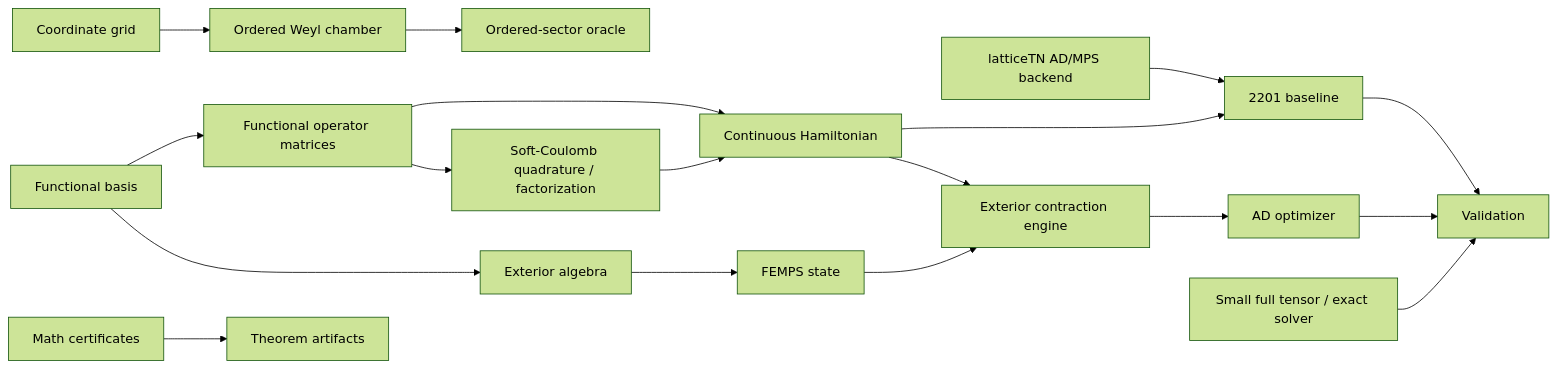
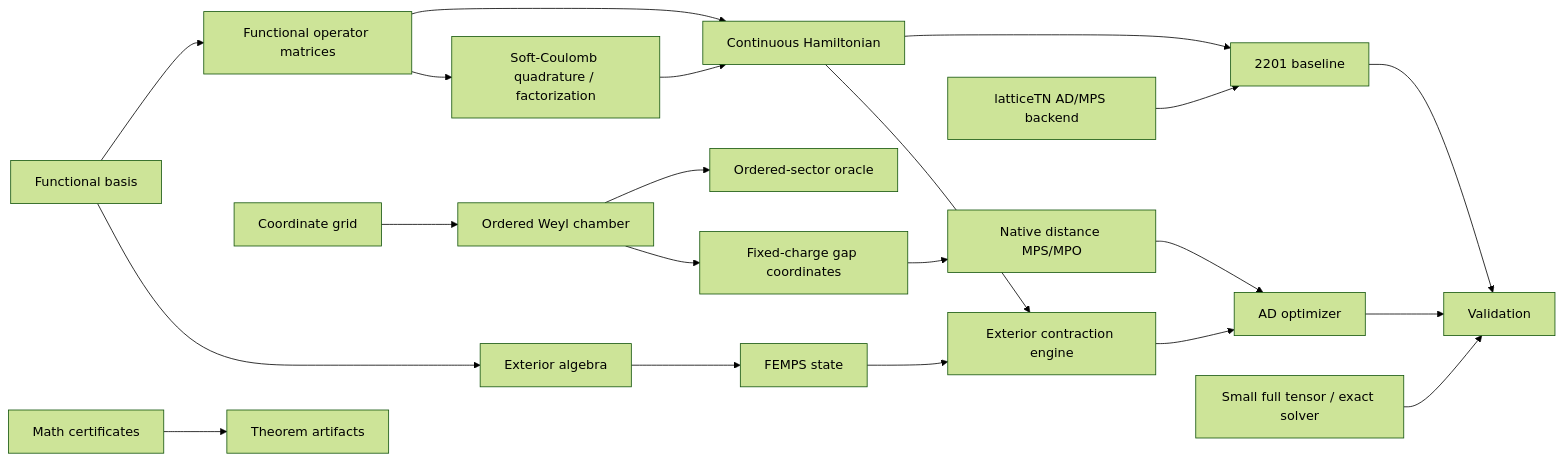
The diagram in docs/ARCHITECTURE.md (intproduct/FEMPS), drawn with Mermaid (forest theme) before and after one commit. The commit also changed other lines of this file and 21 other files, not shown here.

Commit message:
feat: pass ordered-distance Gate C

````diff
--- a/docs/ARCHITECTURE.md
+++ b/docs/ARCHITECTURE.md
@@ -3,20 +3,23 @@
 ```mermaid
 flowchart LR
     Basis[Functional basis] --> Operators[Functional operator matrices]
     Operators --> Hamiltonian[Continuous Hamiltonian]
     Basis --> Exterior[Exterior algebra]
     Exterior --> State[FEMPS state]
     Grid[Coordinate grid] --> Ordered[Ordered Weyl chamber]
     Ordered --> OrderedOracle[Ordered-sector oracle]
+    Ordered --> Gaps[Fixed-charge gap coordinates]
+    Gaps --> GapMPO[Native distance MPS/MPO]
+    GapMPO --> Optimizer
     Lattice[latticeTN AD/MPS backend] --> Baseline[2201 baseline]
     Hamiltonian --> Baseline
     Hamiltonian --> Contract[Exterior contraction engine]
     Operators --> SoftCoulomb[Soft-Coulomb quadrature / factorization]
     SoftCoulomb --> Hamiltonian
     State --> Contract
     Contract --> Optimizer[AD optimizer]
     Reference[Small full tensor / exact solver] --> Validation[Validation]
     Baseline --> Validation
     Optimizer --> Validation
     Certificates[Math certificates] --> Theory[Theorem artifacts]
 ```
````
